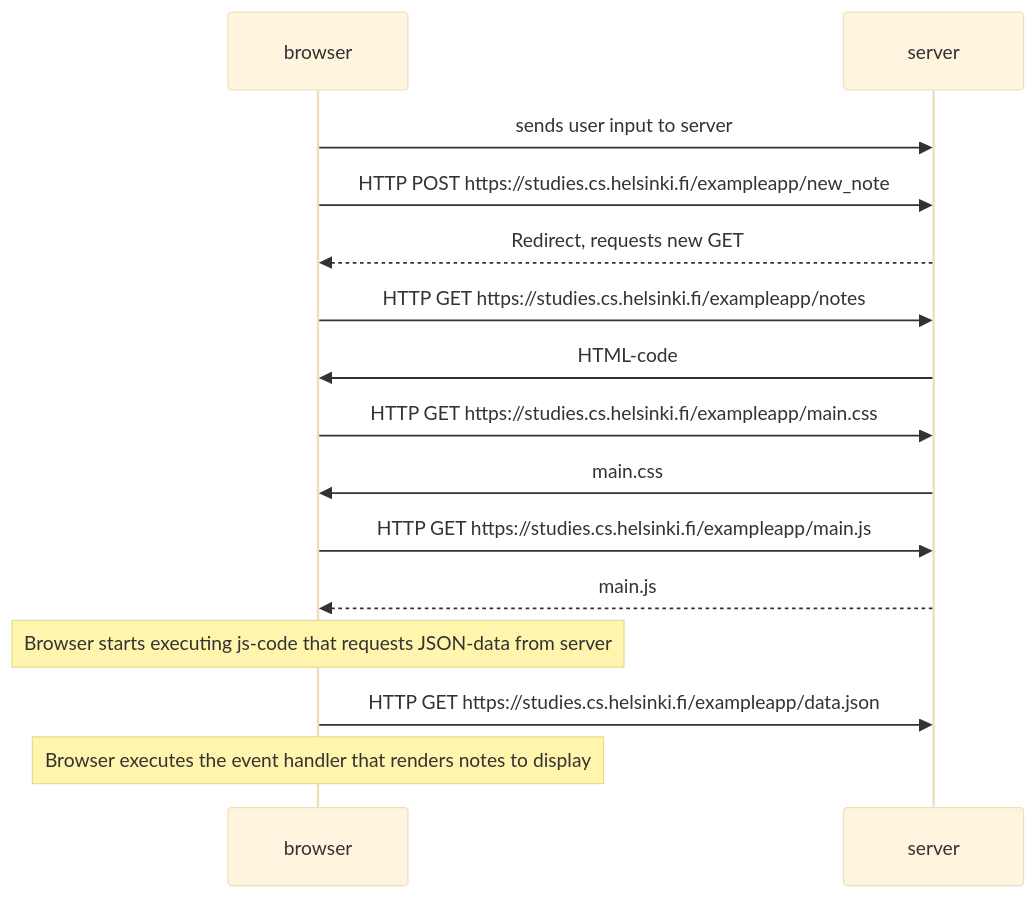
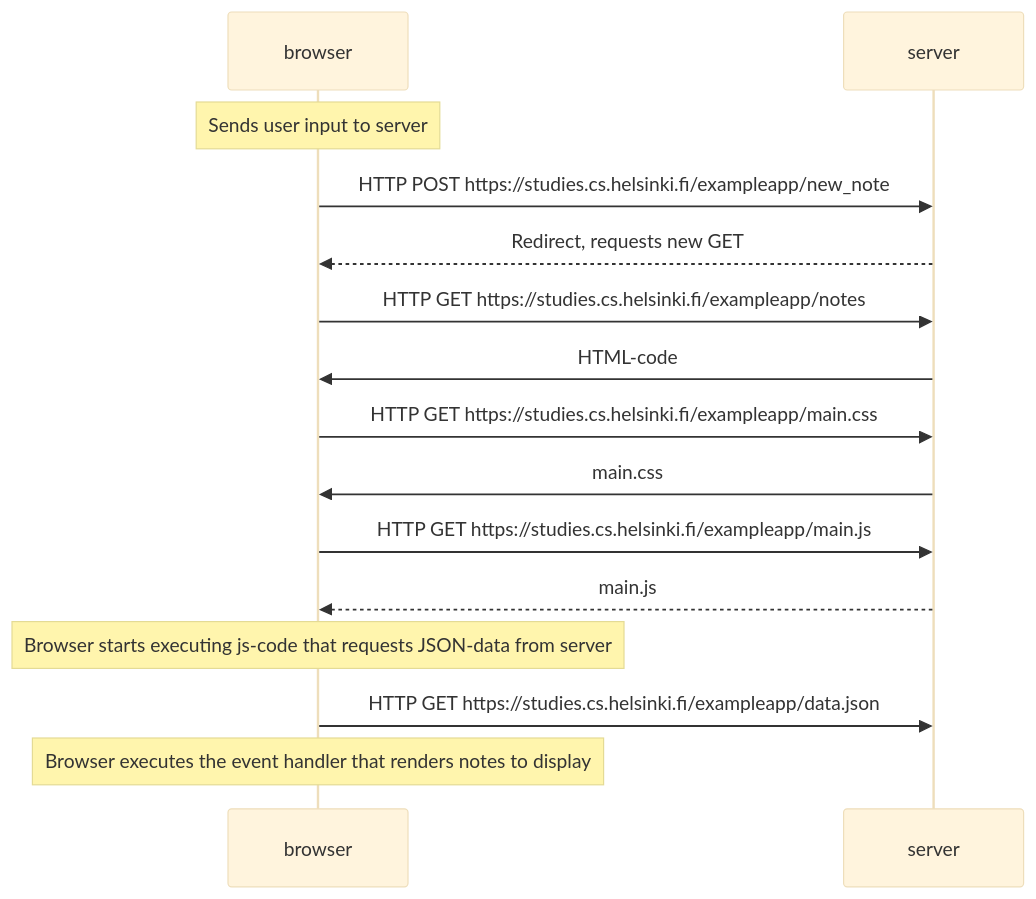
One commit to Lawblo/fullstackopen changed the diagram in exercises/part0/04.md. Above: the diagram before and after it, drawn with Mermaid (base theme).

Commit message:
moved user input to note

````diff
--- a/exercises/part0/04.md
+++ b/exercises/part0/04.md
@@ -3,15 +3,15 @@
 ```mermaid
 sequenceDiagram
-    browser->>server: sends user input to server
+    note over browser: Sends user input to server
     browser->>server: HTTP POST https://studies.cs.helsinki.fi/exampleapp/new_note
     server-->>browser: Redirect, requests new GET
     browser->>server: HTTP GET https://studies.cs.helsinki.fi/exampleapp/notes
     server->>browser: HTML-code
     browser->>server: HTTP GET https://studies.cs.helsinki.fi/exampleapp/main.css
     server->>browser: main.css
     browser->>server: HTTP GET https://studies.cs.helsinki.fi/exampleapp/main.js
     server-->>browser: main.js
     note over browser: Browser starts executing js-code that requests JSON-data from server
     browser->>server: HTTP GET https://studies.cs.helsinki.fi/exampleapp/data.json
     note over browser: Browser executes the event handler that renders notes to display
 ```
````
